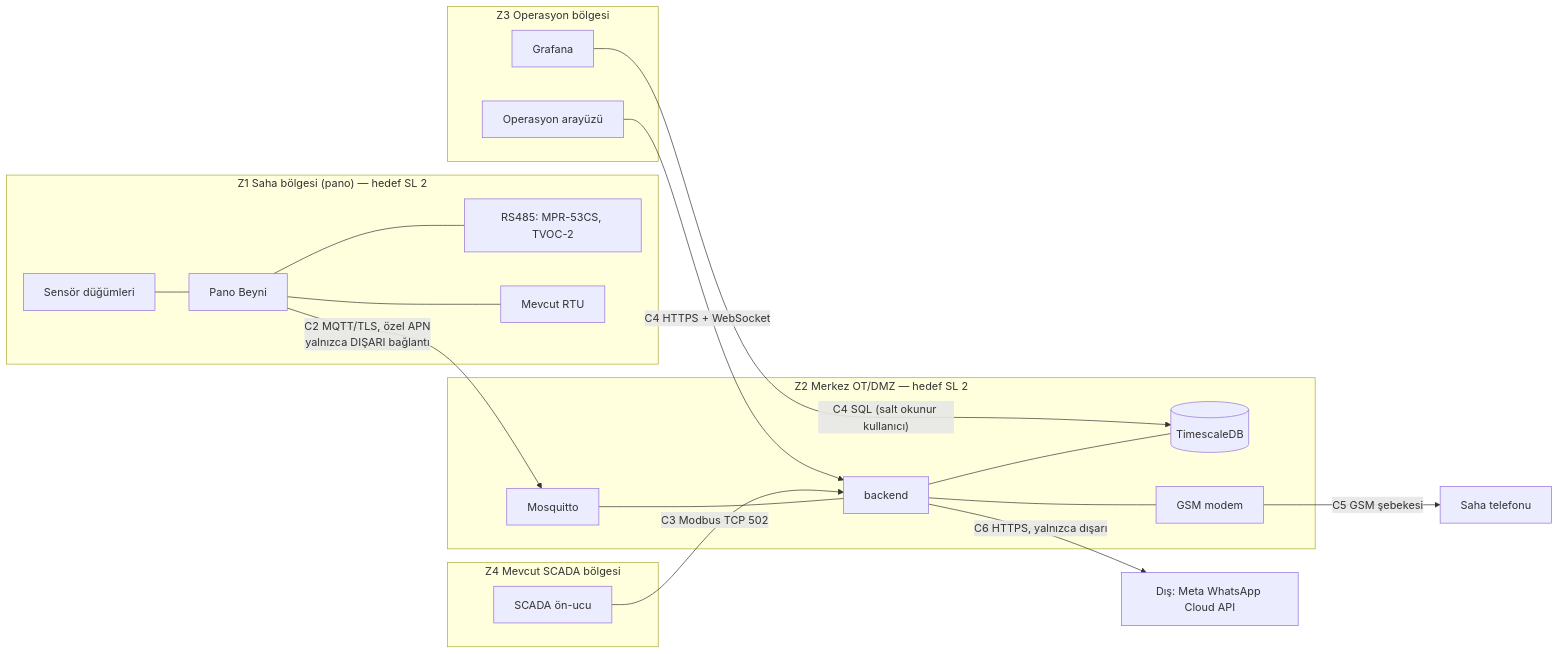
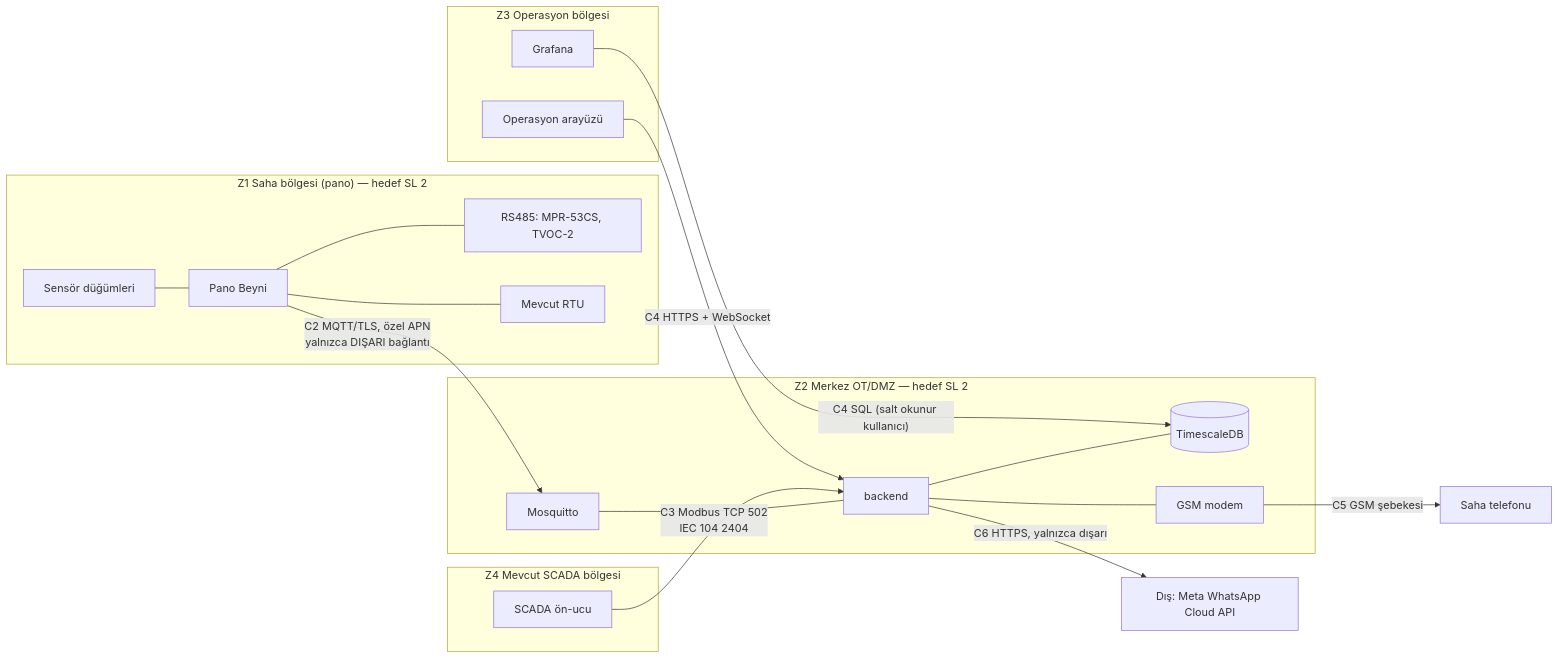
The diagram in docs/15-guvenlik-kvkk.md (ahmetkrkyn0/griduphackathon), drawn with Mermaid before and after one commit. The commit also changed other lines of this file and 5 other files, not shown here.

````diff
--- a/docs/15-guvenlik-kvkk.md
+++ b/docs/15-guvenlik-kvkk.md
@@ -22,28 +22,28 @@
 ```mermaid
 flowchart LR
   subgraph Z1["Z1 Saha bölgesi (pano) — hedef SL 2"]
     SN["Sensör düğümleri"] --- PB["Pano Beyni"]
     PB --- RS["RS485: MPR-53CS, TVOC-2"]
     PB --- RTU["Mevcut RTU"]
   end
   subgraph Z2["Z2 Merkez OT/DMZ — hedef SL 2"]
     MQ["Mosquitto"] --- BE["backend"]
     BE --- DB[("TimescaleDB")]
     BE --- GSM["GSM modem"]
   end
   subgraph Z3["Z3 Operasyon bölgesi"]
     UI["Operasyon arayüzü"]
     GF["Grafana"]
   end
   subgraph Z4["Z4 Mevcut SCADA bölgesi"]
     SC["SCADA ön-ucu"]
   end
   EXT["Dış: Meta WhatsApp Cloud API"]
 
   PB -- "C2 MQTT/TLS, özel APN<br/>yalnızca DIŞARI bağlantı" --> MQ
-  SC -- "C3 Modbus TCP 502" --> BE
+  SC -- "C3 Modbus TCP 502<br/>IEC 104 2404" --> BE
   UI -- "C4 HTTPS + WebSocket" --> BE
   GF -- "C4 SQL (salt okunur kullanıcı)" --> DB
   BE -- "C6 HTTPS, yalnızca dışarı" --> EXT
   GSM -- "C5 GSM şebekesi" --> TEL["Saha telefonu"]
 ```
````
